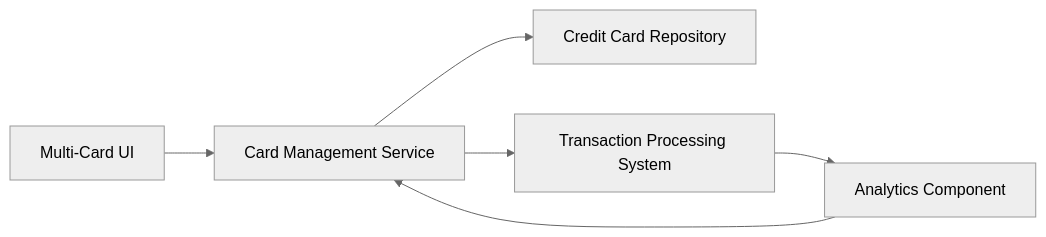
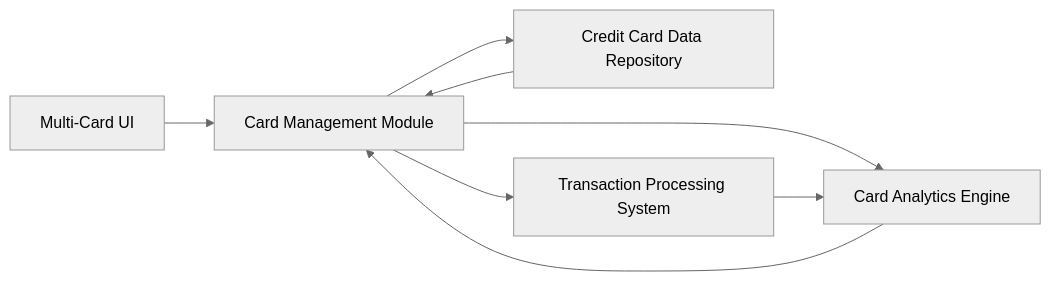
Before and after one commit to AAVA-Demo/APB_Demo: the diagram in HLD/QE-8601_HLD.md, drawn with Mermaid (neutral theme). The commit also changed other lines of this file and 5 other files, not shown here.

````diff
--- a/HLD/QE-8601_HLD.md
+++ b/HLD/QE-8601_HLD.md
@@ -7,13 +7,15 @@
 ```mermaid
 flowchart LR
     A["Multi-Card UI"]
-    B["Card Management Service"]
-    C["Credit Card Repository"]
+    B["Card Management Module"]
+    C["Credit Card Data Repository"]
     D["Transaction Processing System"]
-    E["Analytics Component"]
+    E["Card Analytics Engine"]
     A --> B
     B --> C
     B --> D
+    B --> E
+    C --> B
     D --> E
     E --> B
 ```
````
